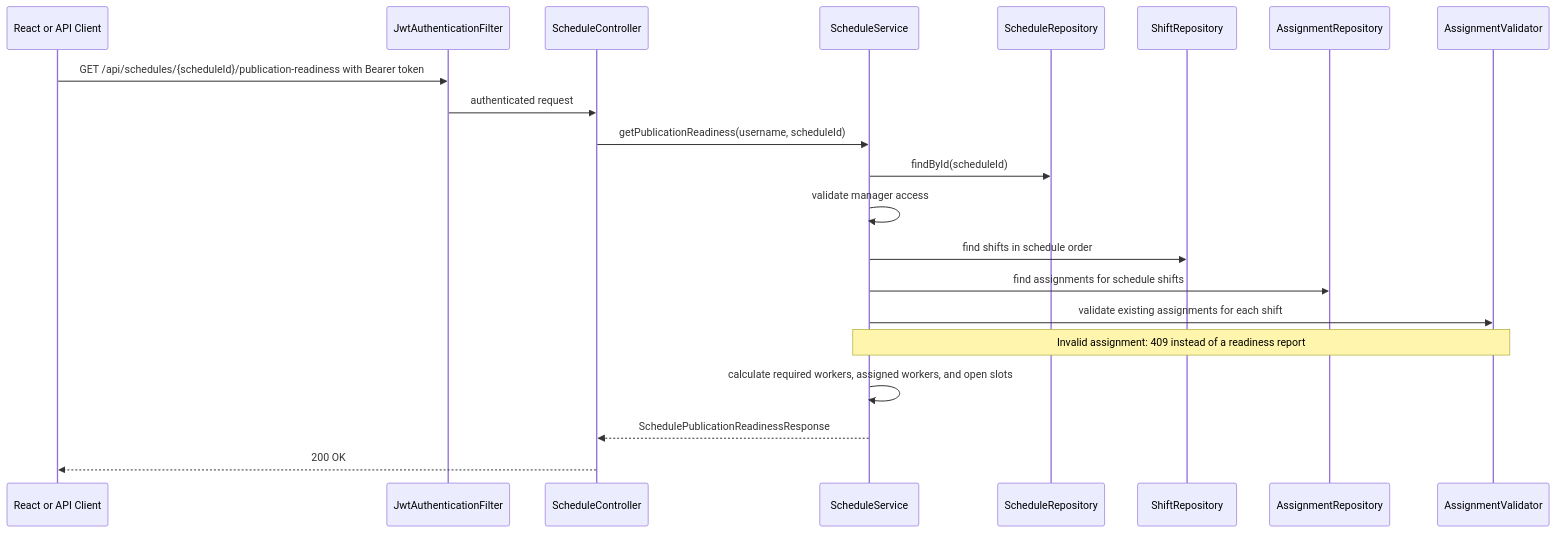
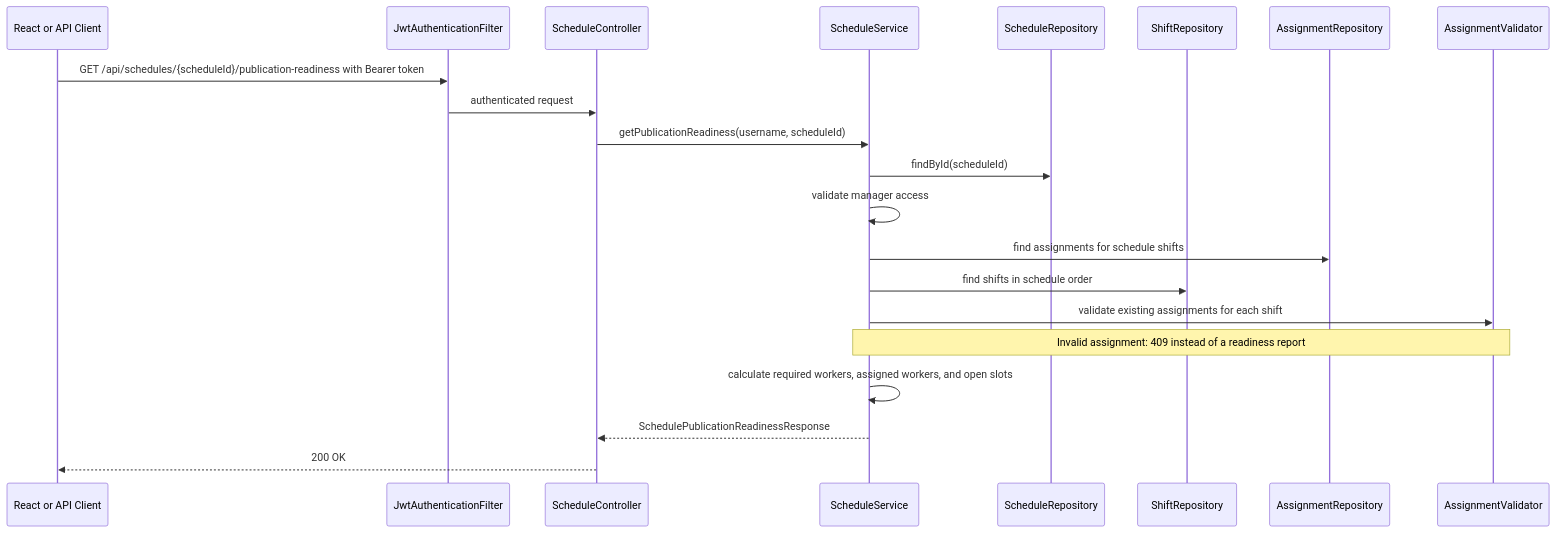
The tenth of 20 diagrams in docs/current-backend-architecture.md (HiliMor/shift-management-system), drawn with Mermaid before and after one commit. The commit also changed other lines of this file and 14 other files, not shown here.

````diff
--- a/docs/current-backend-architecture.md
+++ b/docs/current-backend-architecture.md
@@ -513,24 +517,24 @@
 ```mermaid
 sequenceDiagram
     participant Client as React or API Client
     participant Security as JwtAuthenticationFilter
     participant ScheduleController
     participant ScheduleService
     participant ScheduleRepository
     participant ShiftRepository
     participant AssignmentRepository
     participant AssignmentValidator
 
     Client->>Security: GET /api/schedules/{scheduleId}/publication-readiness with Bearer token
     Security->>ScheduleController: authenticated request
     ScheduleController->>ScheduleService: getPublicationReadiness(username, scheduleId)
     ScheduleService->>ScheduleRepository: findById(scheduleId)
     ScheduleService->>ScheduleService: validate manager access
+    ScheduleService->>AssignmentRepository: find assignments for schedule shifts
     ScheduleService->>ShiftRepository: find shifts in schedule order
-    ScheduleService->>AssignmentRepository: find assignments for schedule shifts
     ScheduleService->>AssignmentValidator: validate existing assignments for each shift
     Note over ScheduleService,AssignmentValidator: Invalid assignment: 409 instead of a readiness report
     ScheduleService->>ScheduleService: calculate required workers, assigned workers, and open slots
     ScheduleService-->>ScheduleController: SchedulePublicationReadinessResponse
     ScheduleController-->>Client: 200 OK
 ```
````
